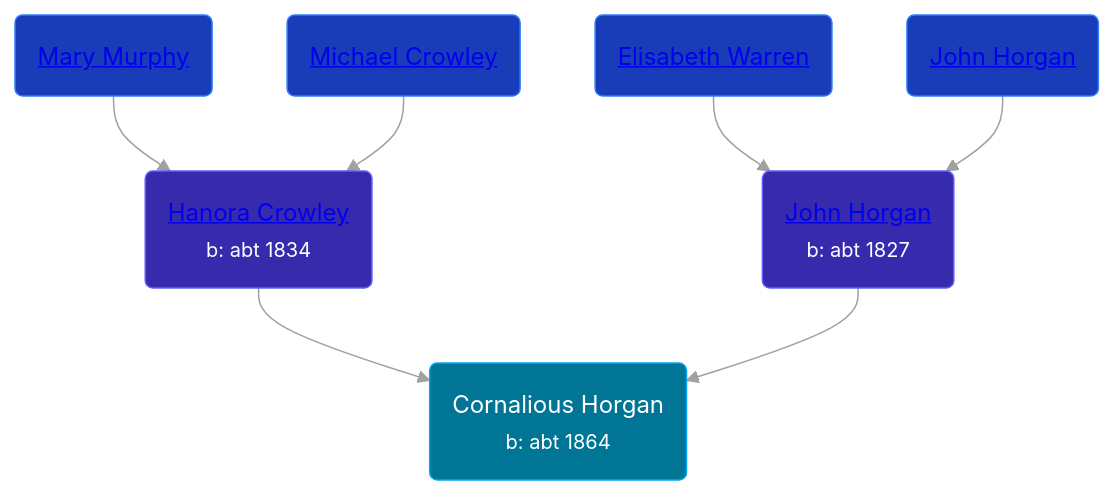
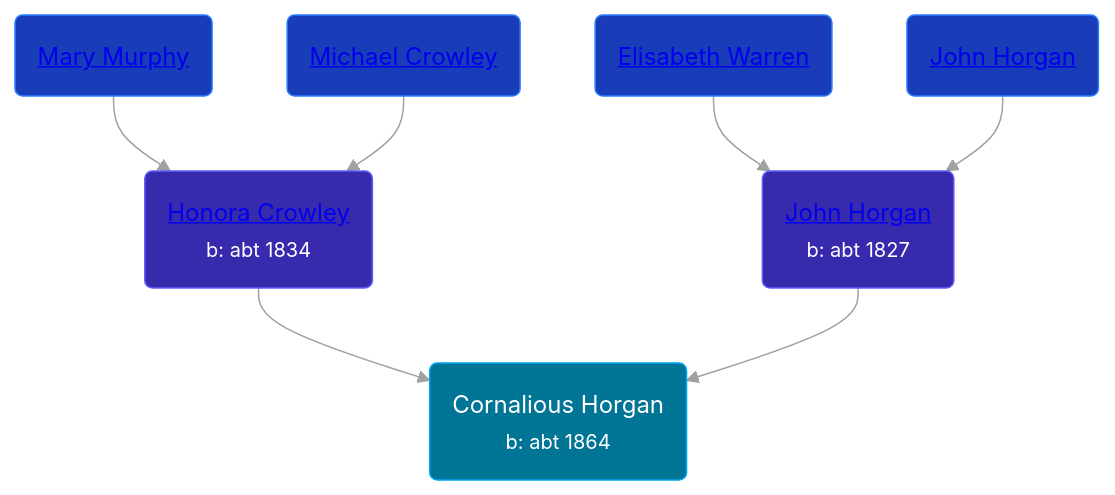
The diagram in pages/people/8/8594961.md (wpmgotkh/wpmgotkh.github.io), drawn with Mermaid before and after one commit. The commit also changed other lines of this file and 257 other files, not shown here.

````diff
--- a/pages/people/8/8594961.md
+++ b/pages/people/8/8594961.md
@@ -10,14 +10,14 @@
 ```mermaid
 graph
 classDef grands fill:#193cb8,stroke:#2b7fff,stroke-width:1px,color:#fff;
 classDef parents fill:#372aac,stroke:#615fff,stroke-width:1px,color:#fff;
 classDef primary fill:#007595,stroke:#00a6f4,stroke-width:1px,color:#fff;
 8594961(Cornalious Horgan<br /><small>b: abt 1864</small>):::primary
-72193795(<a class="text-white" href="/people/7/72193795">Hanora Crowley</a><br /><small>b: abt 1834</small>):::parents-->8594961
+72193795(<a class="text-white" href="/people/7/72193795">Honora Crowley</a><br /><small>b: abt 1834</small>):::parents-->8594961
 62618528(<a class="text-white" href="/people/6/62618528">Mary Murphy</a>):::grands-->72193795
 58336236(<a class="text-white" href="/people/5/58336236">Michael Crowley</a>):::grands-->72193795
 54161773(<a class="text-white" href="/people/5/54161773">John Horgan</a><br /><small>b: abt 1827</small>):::parents-->8594961
 68775768(<a class="text-white" href="/people/6/68775768">Elisabeth Warren</a>):::grands-->54161773
 42410084(<a class="text-white" href="/people/4/42410084">John Horgan</a>):::grands-->54161773
 linkStyle default stroke:#a1a1a1
 ```
````
